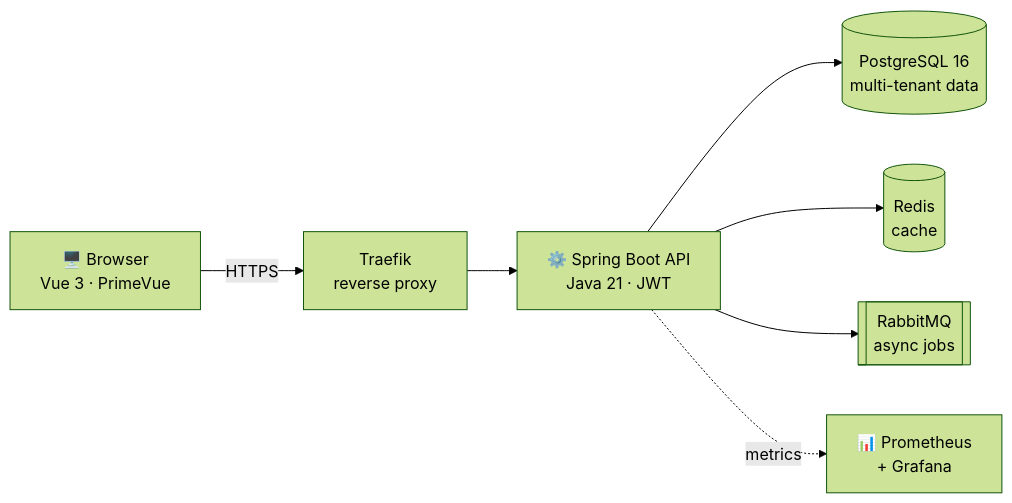
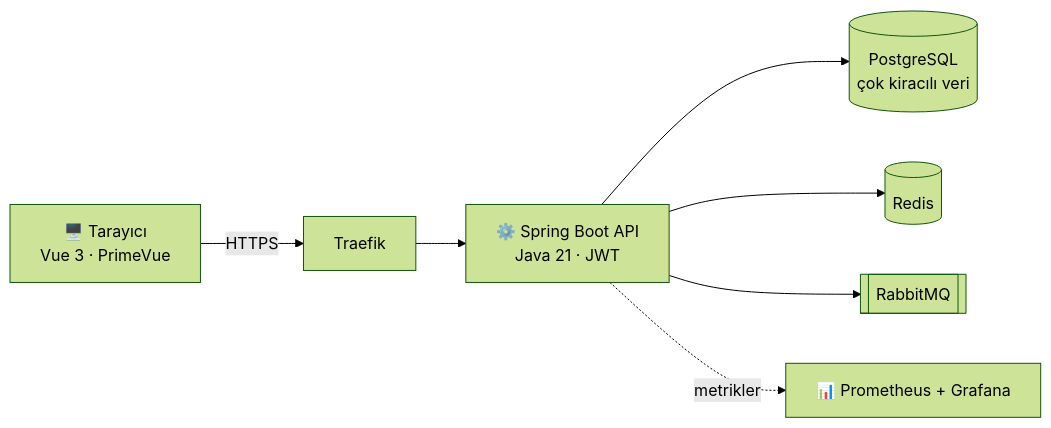
One commit to Rasimtuzluoglu/Rasimtuzluoglu changed the diagram in README.md. Above: the diagram before and after it, drawn with Mermaid (forest theme). The commit also changed other lines of this file, not shown here.

````diff
--- a/README.md
+++ b/README.md
@@ -69,9 +82,9 @@
 ```mermaid
 flowchart LR
-    U["🖥️ Browser<br/>Vue 3 · PrimeVue"] -->|HTTPS| T["Traefik<br/>reverse proxy"]
+    U["🖥️ Tarayıcı<br/>Vue 3 · PrimeVue"] -->|HTTPS| T["Traefik"]
     T --> A["⚙️ Spring Boot API<br/>Java 21 · JWT"]
-    A --> P[("PostgreSQL 16<br/>multi-tenant data")]
-    A --> R[("Redis<br/>cache")]
-    A --> Q[["RabbitMQ<br/>async jobs"]]
-    A -.->|metrics| M["📊 Prometheus<br/>+ Grafana"]
+    A --> P[("PostgreSQL<br/>çok kiracılı veri")]
+    A --> R[("Redis")]
+    A --> Q[["RabbitMQ"]]
+    A -.->|metrikler| M["📊 Prometheus + Grafana"]
 ```
````
